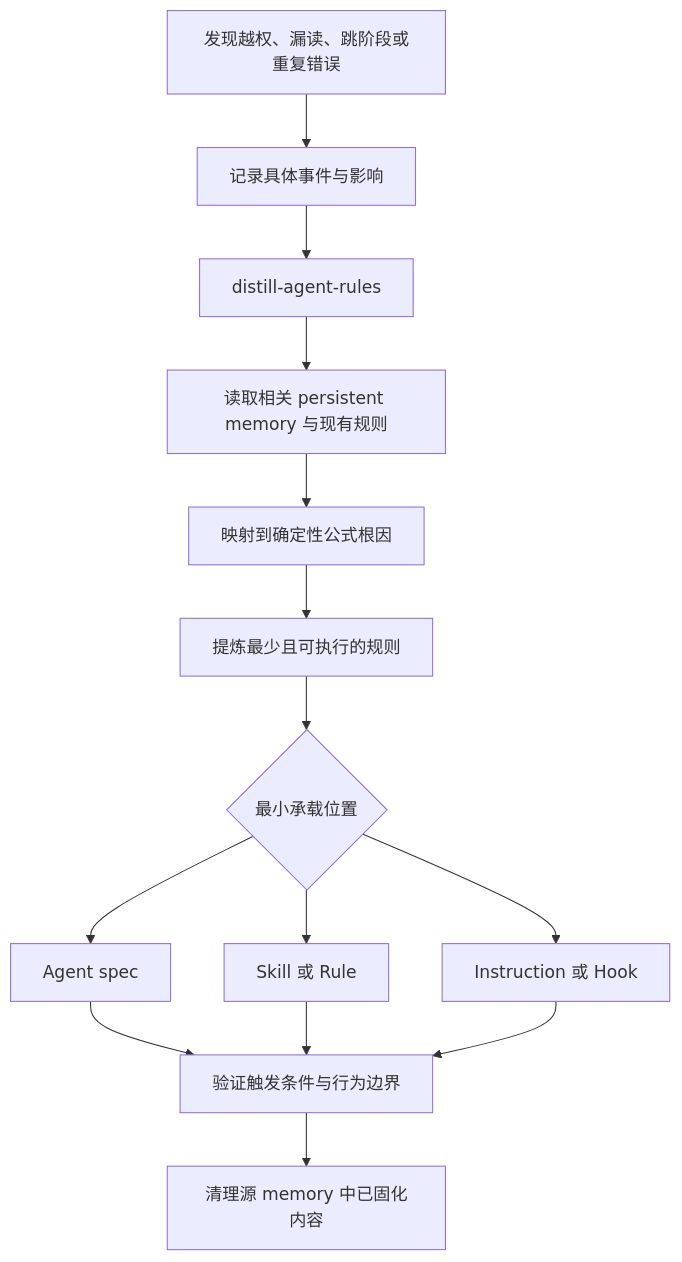
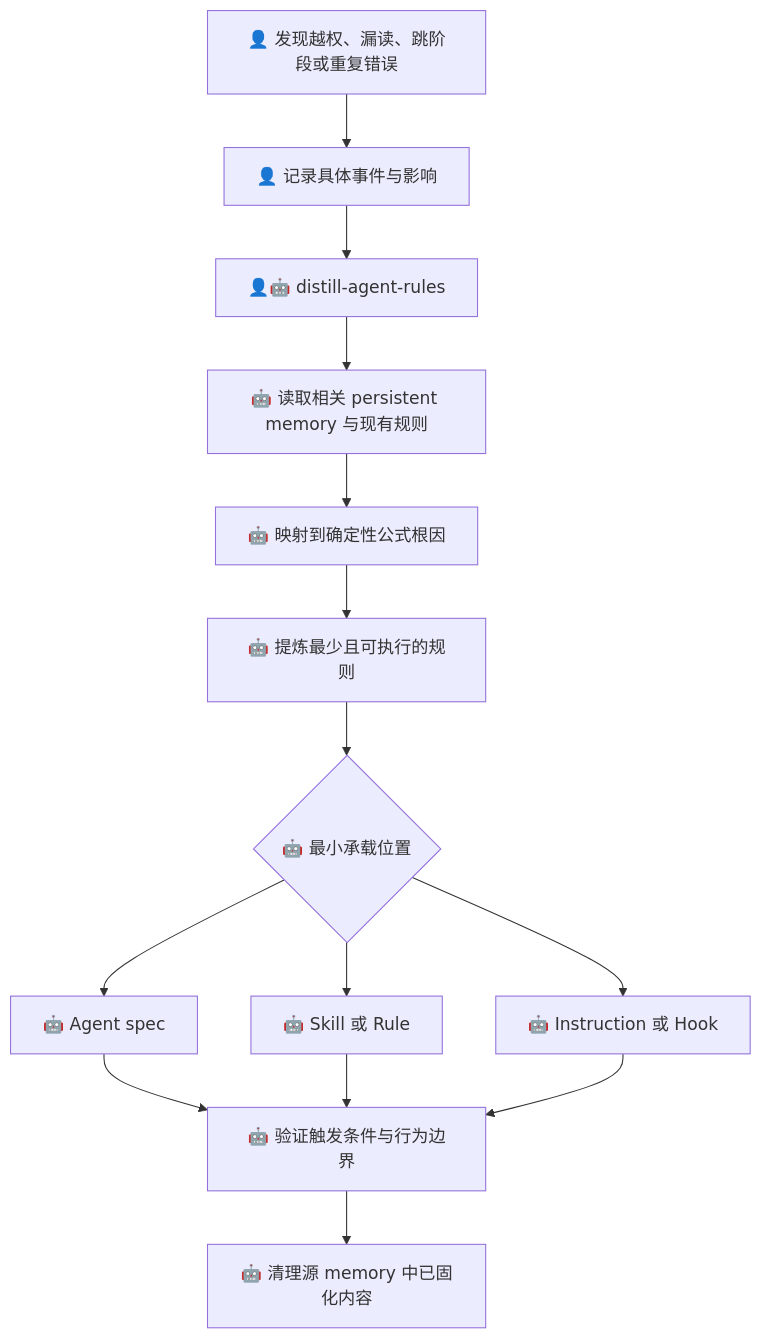
One commit to derekhu0002/Argo changed the ninth of 11 diagrams in design/argo-harness/usage-scenarios/README.md. Above: the diagram before and after it, drawn with Mermaid. The commit also changed other lines of this file, not shown here.

````diff
--- a/design/argo-harness/usage-scenarios/README.md
+++ b/design/argo-harness/usage-scenarios/README.md
@@ -226,16 +229,16 @@
 ```mermaid
 flowchart TD
-    A[发现越权、漏读、跳阶段或重复错误] --> B[记录具体事件与影响]
-    B --> C[distill-agent-rules]
-    C --> D[读取相关 persistent memory 与现有规则]
-    D --> E[映射到确定性公式根因]
-    E --> F[提炼最少且可执行的规则]
-    F --> G{最小承载位置}
-    G --> H[Agent spec]
-    G --> I[Skill 或 Rule]
-    G --> J[Instruction 或 Hook]
-    H --> K[验证触发条件与行为边界]
+    A[👤 发现越权、漏读、跳阶段或重复错误] --> B[👤 记录具体事件与影响]
+    B --> C[👤🤖 distill-agent-rules]
+    C --> D[🤖 读取相关 persistent memory 与现有规则]
+    D --> E[🤖 映射到确定性公式根因]
+    E --> F[🤖 提炼最少且可执行的规则]
+    F --> G{🤖 最小承载位置}
+    G --> H[🤖 Agent spec]
+    G --> I[🤖 Skill 或 Rule]
+    G --> J[🤖 Instruction 或 Hook]
+    H --> K[🤖 验证触发条件与行为边界]
     I --> K
     J --> K
-    K --> L[清理源 memory 中已固化内容]
+    K --> L[🤖 清理源 memory 中已固化内容]
 ```
````
